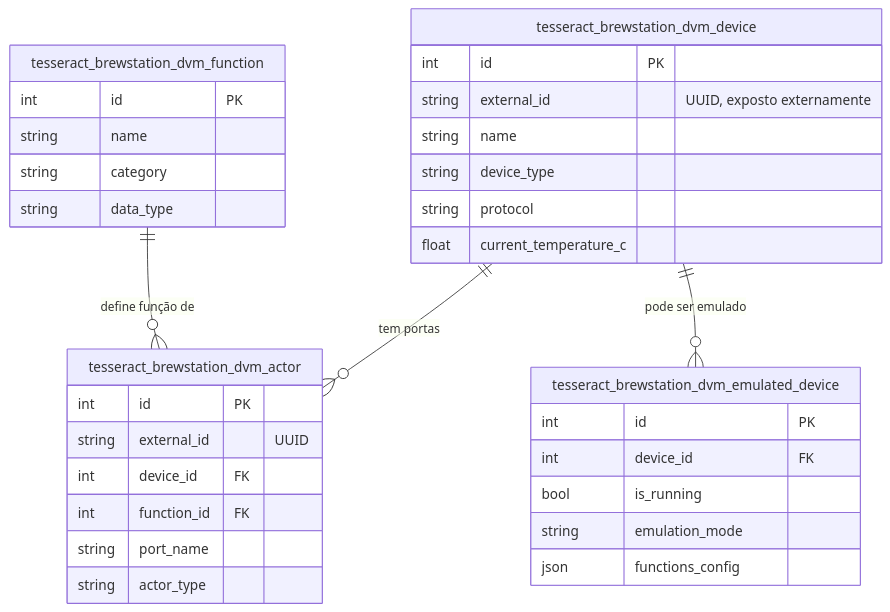
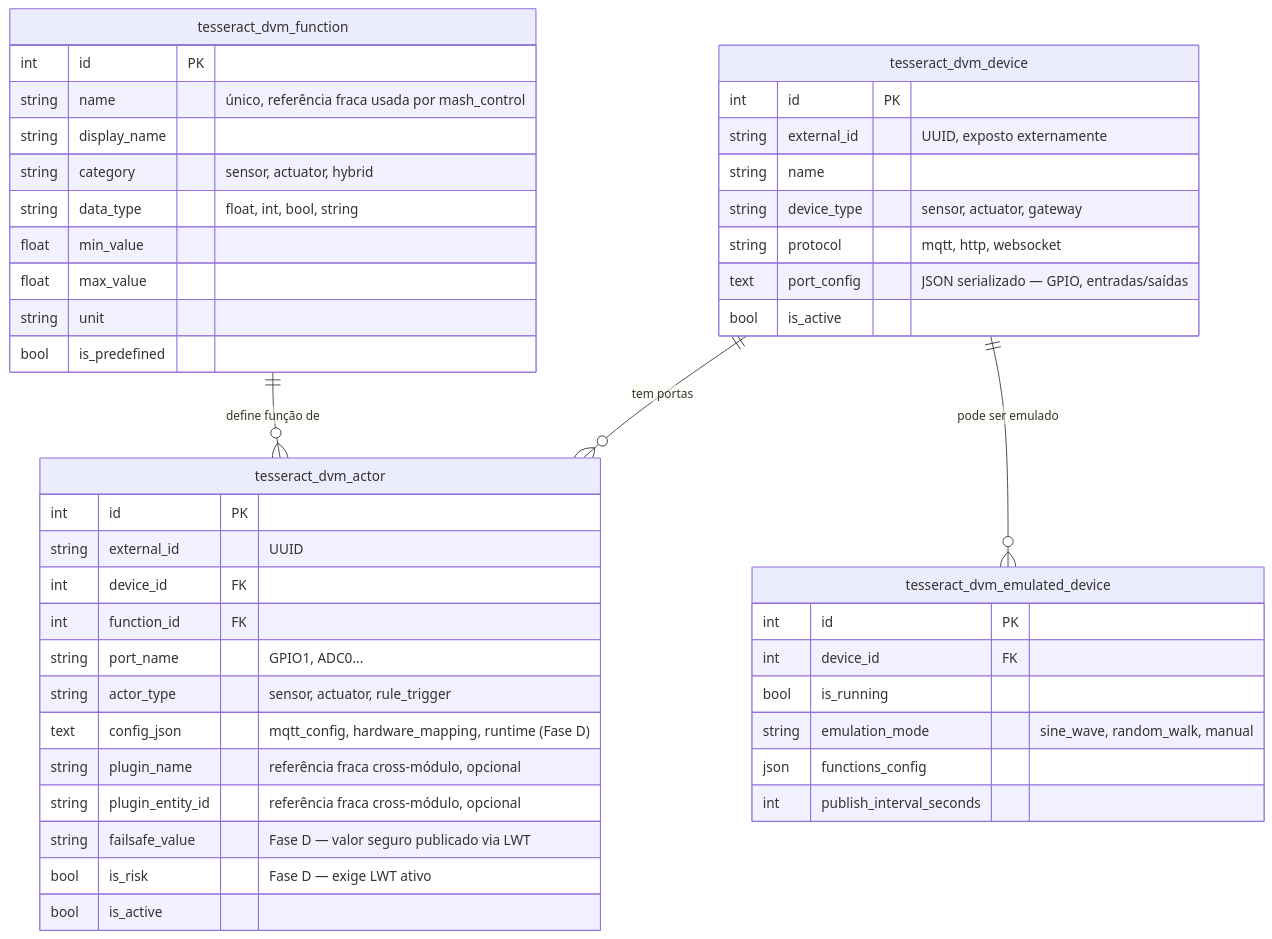
One commit to ChristopherNicolasSMM/Tesseract changed the diagram in addons/addon_device_manager/docs/technical/04-modelo-de-dados.md. Above: the diagram before and after it, drawn with Mermaid. The commit also changed other lines of this file and 15 other files, not shown here.

````diff
--- a/addons/addon_device_manager/docs/technical/04-modelo-de-dados.md
+++ b/addons/addon_device_manager/docs/technical/04-modelo-de-dados.md
@@ -3,36 +3,49 @@
 ```mermaid
 erDiagram
-    tesseract_brewstation_dvm_device ||--o{ tesseract_brewstation_dvm_actor : "tem portas"
-    tesseract_brewstation_dvm_function ||--o{ tesseract_brewstation_dvm_actor : "define função de"
-    tesseract_brewstation_dvm_device ||--o{ tesseract_brewstation_dvm_emulated_device : "pode ser emulado"
+    tesseract_dvm_device ||--o{ tesseract_dvm_actor : "tem portas"
+    tesseract_dvm_function ||--o{ tesseract_dvm_actor : "define função de"
+    tesseract_dvm_device ||--o{ tesseract_dvm_emulated_device : "pode ser emulado"
 
-    tesseract_brewstation_dvm_function {
+    tesseract_dvm_function {
         int id PK
-        string name
-        string category
-        string data_type
+        string name "único, referência fraca usada por mash_control"
+        string display_name
+        string category "sensor, actuator, hybrid"
+        string data_type "float, int, bool, string"
+        float min_value
+        float max_value
+        string unit
+        bool is_predefined
     }
-    tesseract_brewstation_dvm_device {
+    tesseract_dvm_device {
         int id PK
         string external_id "UUID, exposto externamente"
         string name
-        string device_type
-        string protocol
-        float current_temperature_c
+        string device_type "sensor, actuator, gateway"
+        string protocol "mqtt, http, websocket"
+        text port_config "JSON serializado — GPIO, entradas/saídas"
+        bool is_active
     }
-    tesseract_brewstation_dvm_actor {
+    tesseract_dvm_actor {
         int id PK
         string external_id "UUID"
         int device_id FK
         int function_id FK
-        string port_name
-        string actor_type
+        string port_name "GPIO1, ADC0..."
+        string actor_type "sensor, actuator, rule_trigger"
+        text config_json "mqtt_config, hardware_mapping, runtime (Fase D)"
+        string plugin_name "referência fraca cross-módulo, opcional"
+        string plugin_entity_id "referência fraca cross-módulo, opcional"
+        string failsafe_value "Fase D — valor seguro publicado via LWT"
+        bool is_risk "Fase D — exige LWT ativo"
+        bool is_active
     }
-    tesseract_brewstation_dvm_emulated_device {
+    tesseract_dvm_emulated_device {
         int id PK
         int device_id FK
         bool is_running
-        string emulation_mode
+        string emulation_mode "sine_wave, random_walk, manual"
         json functions_config
+        int publish_interval_seconds
     }
 ```
````
